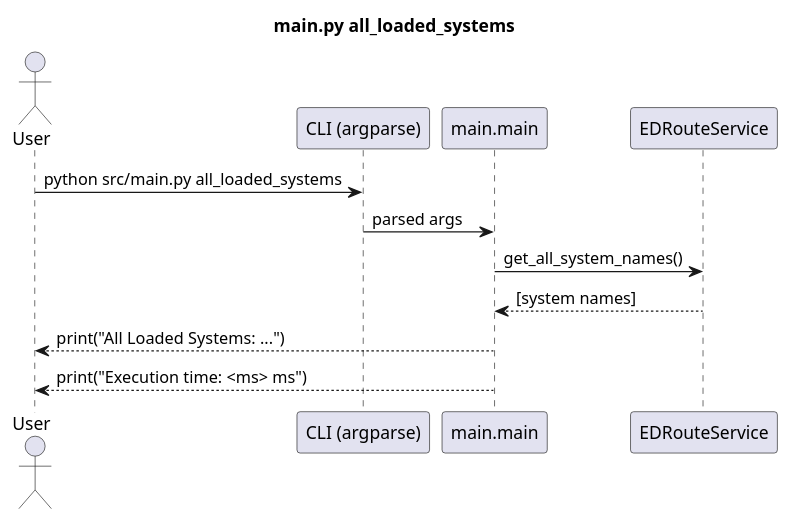
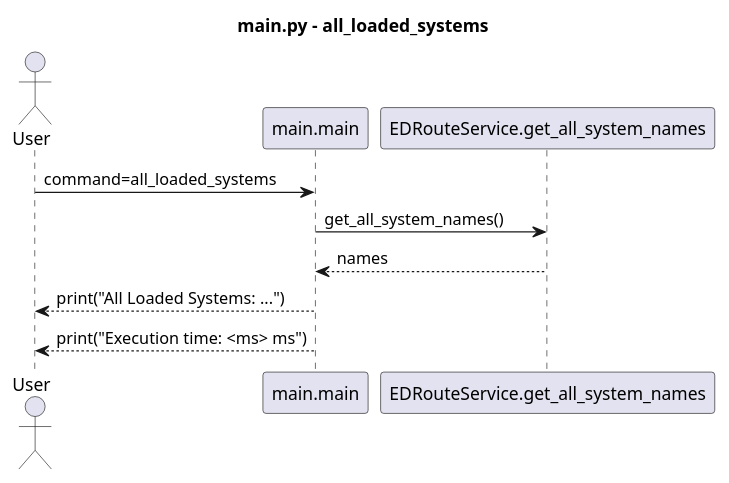
One commit to fazleskhan/elite_dangerous_discord_tools changed the first of 6 diagrams in docs/main_sequences.puml. Above: the diagram before and after it, drawn with PlantUML. The commit also changed other lines of this file and 23 other files, not shown here.

Commit message:
updated README.md and diagrams

```diff
--- a/docs/main_sequences.puml
+++ b/docs/main_sequences.puml
@@ -1,14 +1,13 @@
 @startuml main_all_loaded_systems
-title main.py all_loaded_systems
+title main.py - all_loaded_systems
+
 actor User
-participant "CLI (argparse)" as CLI
 participant "main.main" as Main
-participant "EDRouteService" as Route
+participant "EDRouteService.get_all_system_names" as Route
 
-User -> CLI : python src/main.py all_loaded_systems
-CLI -> Main : parsed args
+User -> Main : command=all_loaded_systems
 Main -> Route : get_all_system_names()
-Route --> Main : [system names]
+Route --> Main : names
 Main --> User : print("All Loaded Systems: ...")
 Main --> User : print("Execution time: <ms> ms")
 @enduml
```
